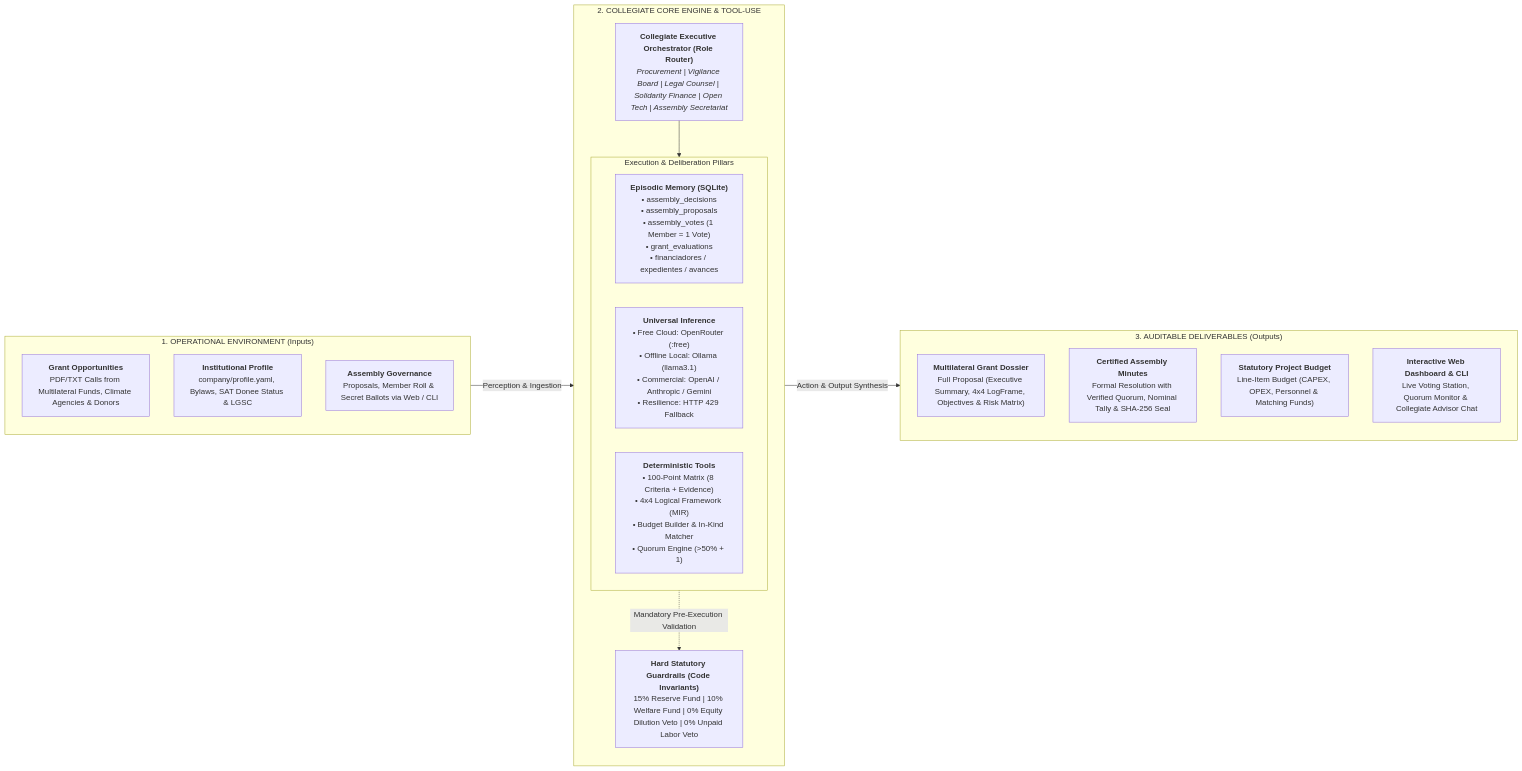
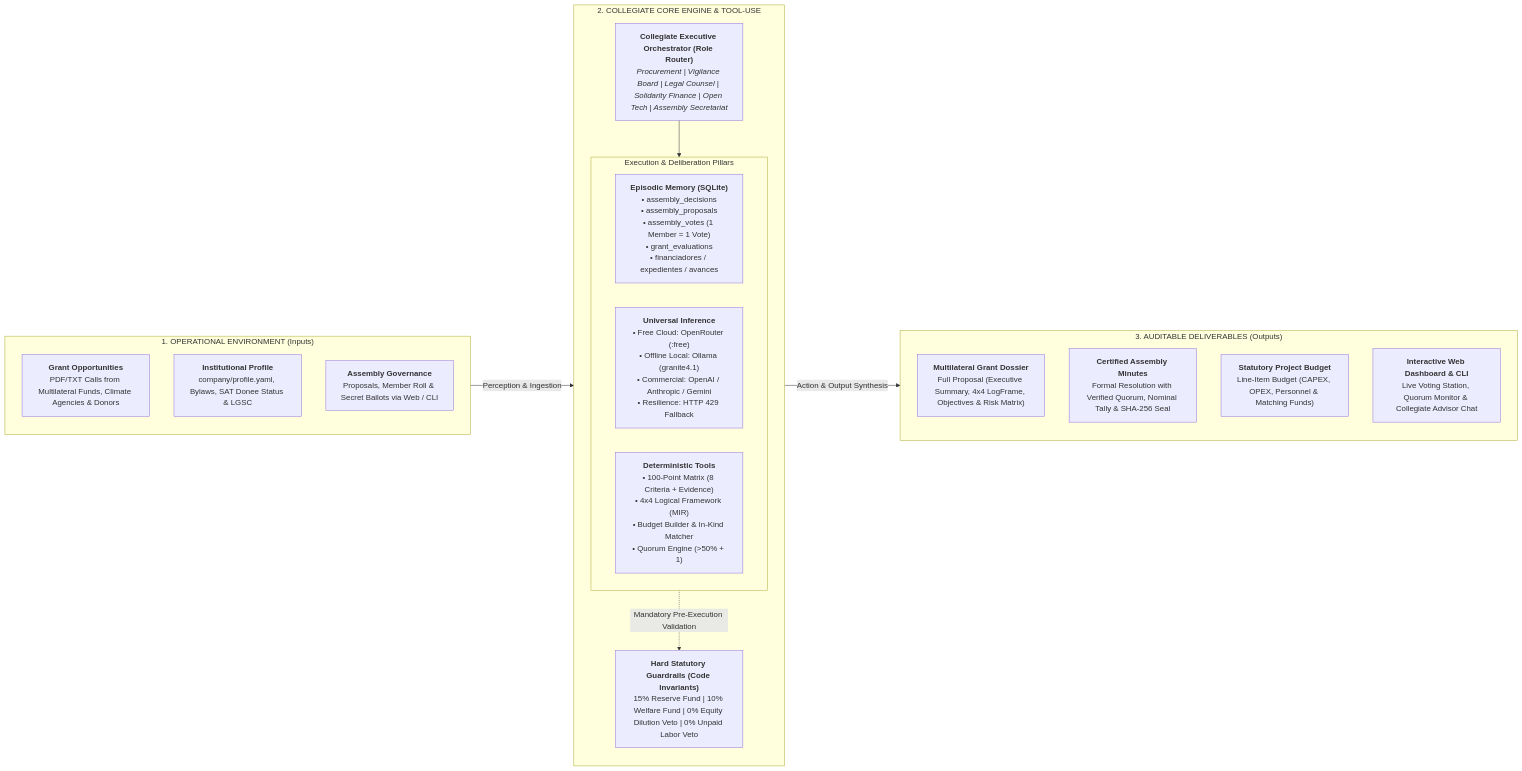
The diagram in ARCHITECTURE.md (pablomorenoc96/coop-executive), drawn with Mermaid before and after one commit. The commit also changed other lines of this file and 57 other files, not shown here.

````diff
--- a/ARCHITECTURE.md
+++ b/ARCHITECTURE.md
@@ -13,38 +13,38 @@
 ```mermaid
 flowchart LR
     subgraph STAGE1["1. OPERATIONAL ENVIRONMENT (Inputs)"]
         direction TB
         IN1["<b>Grant Opportunities</b><br/>PDF/TXT Calls from Multilateral Funds, Climate Agencies & Donors"]
         IN2["<b>Institutional Profile</b><br/>company/profile.yaml, Bylaws, SAT Donee Status & LGSC"]
         IN3["<b>Assembly Governance</b><br/>Proposals, Member Roll & Secret Ballots via Web / CLI"]
     end
 
     STAGE1 -->|"Perception & Ingestion"| ORCH
 
     subgraph STAGE2["2. COLLEGIATE CORE ENGINE & TOOL-USE"]
         direction TB
         ORCH["<b>Collegiate Executive Orchestrator (Role Router)</b><br/><i>Procurement | Vigilance Board | Legal Counsel | Solidarity Finance | Open Tech | Assembly Secretariat</i>"]
         
         subgraph SUBSYSTEMS["Execution & Deliberation Pillars"]
             direction LR
             MEM["<b>Episodic Memory (SQLite)</b><br/>• assembly_decisions<br/>• assembly_proposals<br/>• assembly_votes (1 Member = 1 Vote)<br/>• grant_evaluations<br/>• financiadores / expedientes / avances"]
-            INF["<b>Universal Inference</b><br/>• Free Cloud: OpenRouter (:free)<br/>• Offline Local: Ollama (llama3.1)<br/>• Commercial: OpenAI / Anthropic / Gemini<br/>• Resilience: HTTP 429 Fallback"]
+            INF["<b>Universal Inference</b><br/>• Free Cloud: OpenRouter (:free)<br/>• Offline Local: Ollama (granite4.1)<br/>• Commercial: OpenAI / Anthropic / Gemini<br/>• Resilience: HTTP 429 Fallback"]
             TOOL["<b>Deterministic Tools</b><br/>• 100-Point Matrix (8 Criteria + Evidence)<br/>• 4x4 Logical Framework (MIR)<br/>• Budget Builder & In-Kind Matcher<br/>• Quorum Engine (>50% + 1)"]
         end
 
         ORCH --> SUBSYSTEMS
         
         GUARD["<b>Hard Statutory Guardrails (Code Invariants)</b><br/>15% Reserve Fund | 10% Welfare Fund | 0% Equity Dilution Veto | 0% Unpaid Labor Veto"]
         SUBSYSTEMS -.->|"Mandatory Pre-Execution Validation"| GUARD
     end
 
     SUBSYSTEMS -->|"Action & Output Synthesis"| STAGE3
 
     subgraph STAGE3["3. AUDITABLE DELIVERABLES (Outputs)"]
         direction TB
         OUT1["<b>Multilateral Grant Dossier</b><br/>Full Proposal (Executive Summary, 4x4 LogFrame, Objectives & Risk Matrix)"]
         OUT2["<b>Certified Assembly Minutes</b><br/>Formal Resolution with Verified Quorum, Nominal Tally & SHA-256 Seal"]
         OUT3["<b>Statutory Project Budget</b><br/>Line-Item Budget (CAPEX, OPEX, Personnel & Matching Funds)"]
         OUT4["<b>Interactive Web Dashboard & CLI</b><br/>Live Voting Station, Quorum Monitor & Collegiate Advisor Chat"]
     end
 ```
````
